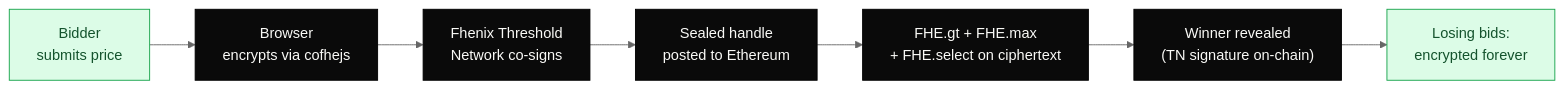
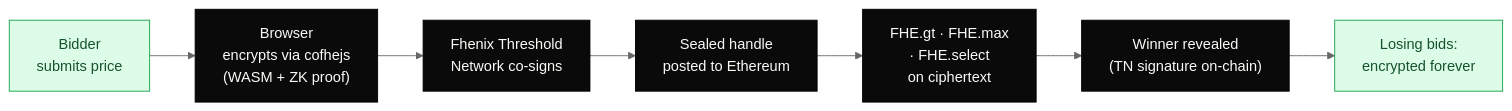
One commit to Ritik200238/CipherDEX changed the diagram in README.md. Above: the diagram before and after it, drawn with Mermaid (neutral theme). The commit also changed other lines of this file, not shown here.

````diff
--- a/README.md
+++ b/README.md
@@ -28,13 +72,13 @@
 ```mermaid
 flowchart LR
-  B["Bidder<br/>submits price"] --> E["Browser<br/>encrypts via cofhejs"]
+  B["Bidder<br/>submits price"] --> E["Browser<br/>encrypts via cofhejs<br/>(WASM + ZK proof)"]
   E --> F["Fhenix Threshold<br/>Network co-signs"]
   F --> C["Sealed handle<br/>posted to Ethereum"]
-  C --> X["FHE.gt + FHE.max<br/>+ FHE.select on ciphertext"]
+  C --> X["FHE.gt · FHE.max<br/>· FHE.select<br/>on ciphertext"]
   X --> R["Winner revealed<br/>(TN signature on-chain)"]
   R --> P["Losing bids:<br/>encrypted forever"]
   classDef ink fill:#0a0a0a,stroke:#000,color:#fafaf7
   classDef green fill:#dcfce7,stroke:#16a34a,color:#14532d
   class B,P green
   class E,F,C,X,R ink
 ```
````
